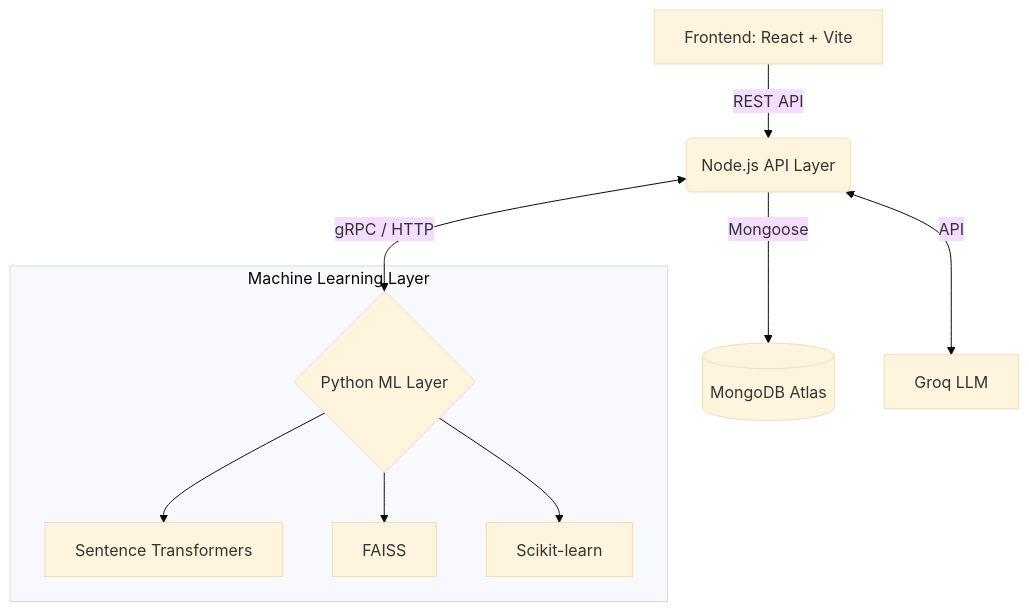
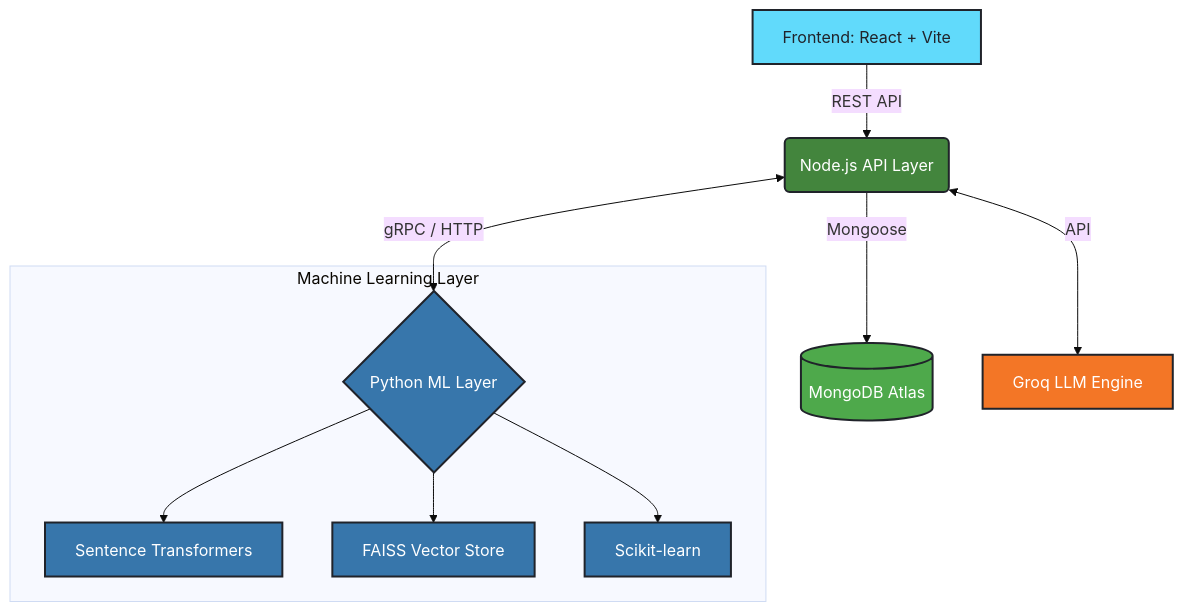
One commit to shreya-osr5513/ResumeIQ changed the diagram in README.md. Above: the diagram before and after it, drawn with Mermaid (base theme). The commit also changed other lines of this file, not shown here.

Commit message:
docs: enhance README with tables, styling, and achievements

````diff
--- a/README.md
+++ b/README.md
@@ -65,14 +55,21 @@
 ```mermaid
 graph TD
-    A[Frontend: React + Vite] -->|REST API| B(Node.js API Layer)
-    B -->|Mongoose| D[(MongoDB Atlas)]
-    B <-->|gRPC / HTTP| C{Python ML Layer}
+    %% Styling
+    classDef frontend fill:#61DAFB,stroke:#20232A,stroke-width:2px,color:#20232A
+    classDef backend fill:#43853D,stroke:#20232A,stroke-width:2px,color:white
+    classDef database fill:#4EA94B,stroke:#20232A,stroke-width:2px,color:white
+    classDef ml fill:#3776AB,stroke:#20232A,stroke-width:2px,color:white
+    classDef external fill:#f37626,stroke:#20232A,stroke-width:2px,color:white
+
+    A[Frontend: React + Vite]:::frontend -->|REST API| B(Node.js API Layer):::backend
+    B -->|Mongoose| D[(MongoDB Atlas)]:::database
+    B <-->|gRPC / HTTP| C{Python ML Layer}:::ml
     
     subgraph Machine Learning Layer
-    C --> E[Sentence Transformers]
-    C --> F[FAISS]
-    C --> G[Scikit-learn]
+    C --> E[Sentence Transformers]:::ml
+    C --> F[FAISS Vector Store]:::ml
+    C --> G[Scikit-learn]:::ml
     end
     
-    B <-->|API| H[Groq LLM]
+    B <-->|API| H[Groq LLM Engine]:::external
 ```
````
